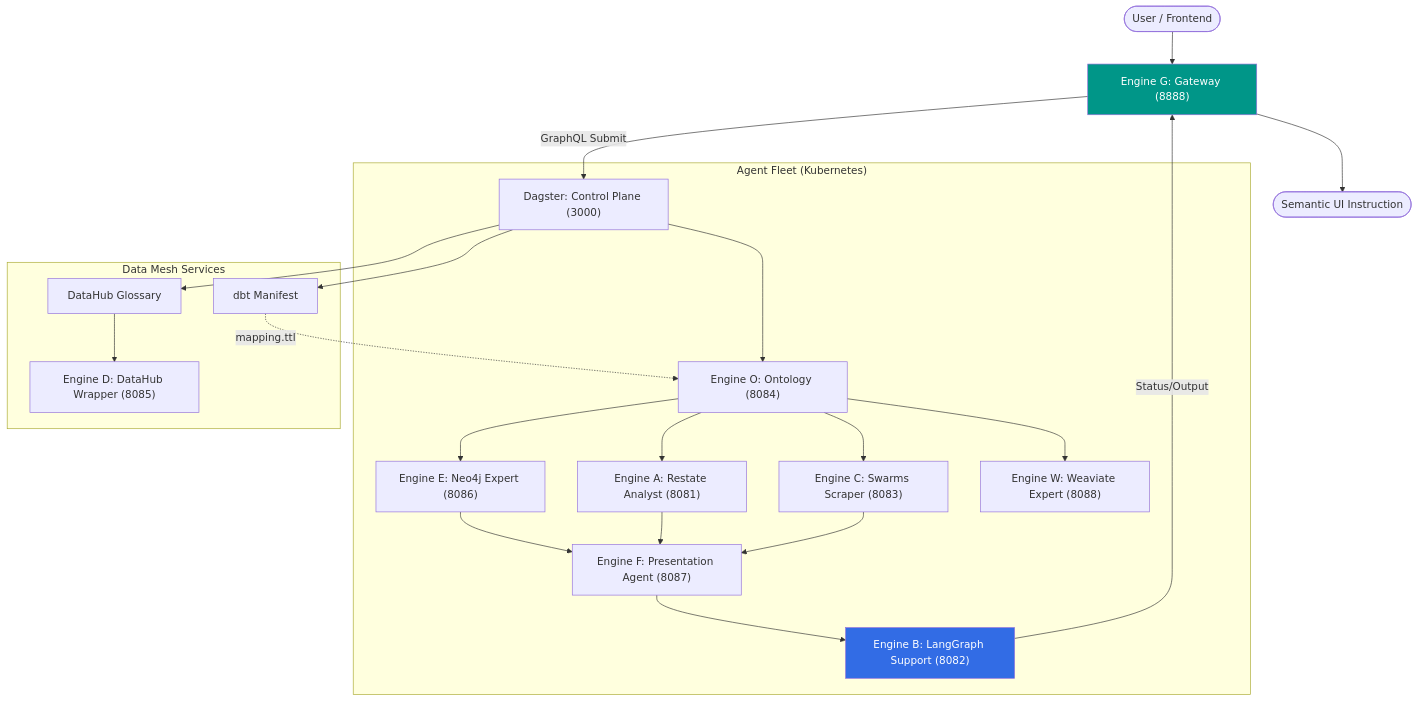
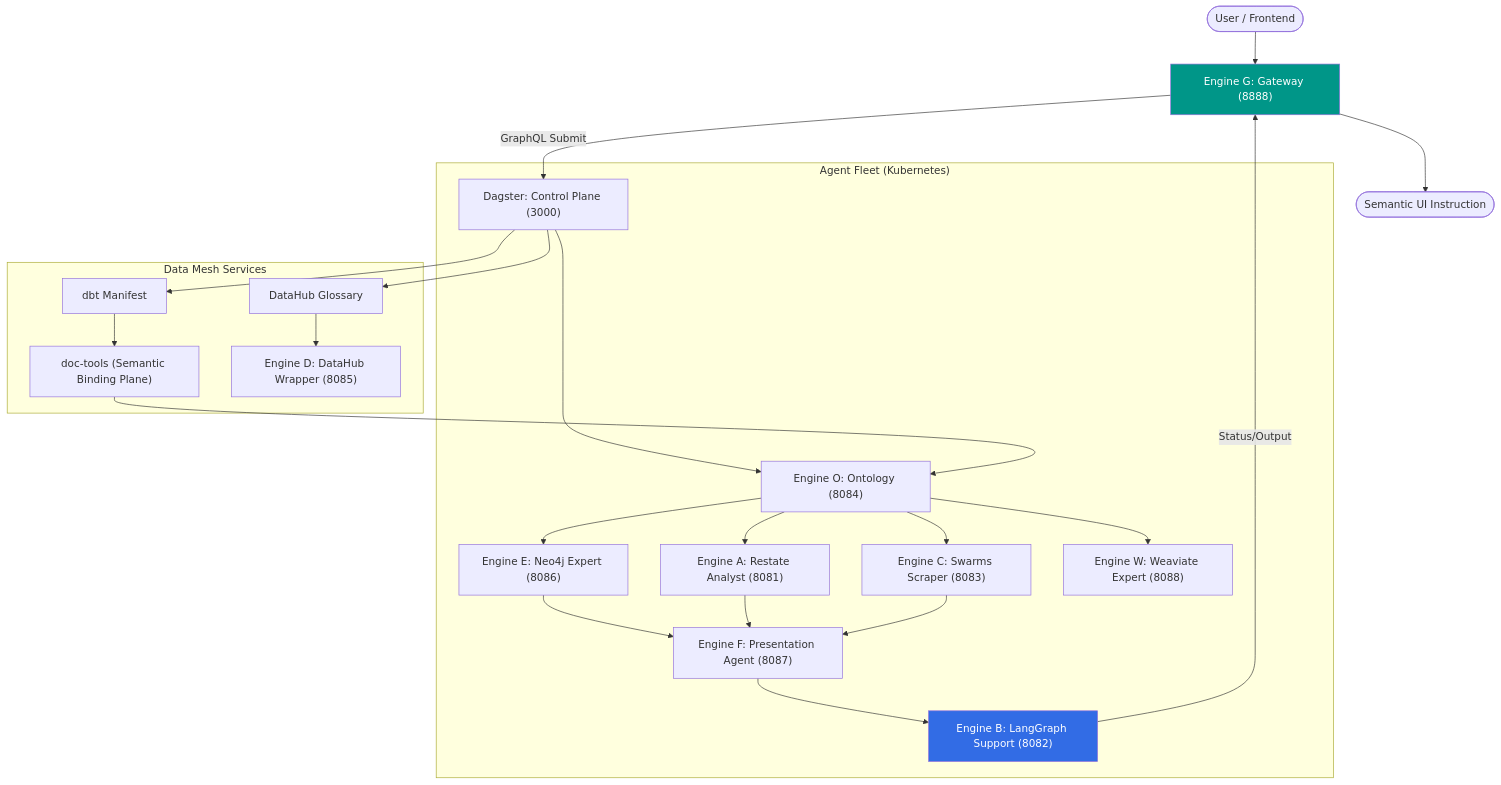
The first of 3 diagrams in README.md (edgy-solutions/invincible-agent), drawn with Mermaid before and after one commit. The commit also changed other lines of this file and 22 other files, not shown here.

First line of the commit message:
feat(mesh): modernize Engine O to "Late Binding" architecture

````diff
--- a/README.md
+++ b/README.md
@@ -50,31 +50,32 @@
 ```mermaid
 graph TD
     User([User / Frontend]) --> G["Engine G: Gateway (8888)"]
     G -- GraphQL Submit --> D["Dagster: Control Plane (3000)"]
     
     subgraph Mesh["Agent Fleet (Kubernetes)"]
         D --> O["Engine O: Ontology (8084)"]
         O --> E["Engine E: Neo4j Expert (8086)"]
         O --> A["Engine A: Restate Analyst (8081)"]
         O --> C["Engine C: Swarms Scraper (8083)"]
         O --> W["Engine W: Weaviate Expert (8088)"]
         
         E --> F["Engine F: Presentation Agent (8087)"]
         A --> F
         C --> F
         F --> B["Engine B: LangGraph Support (8082)"]
     end
     
     subgraph DataLayer["Data Mesh Services"]
         D --> dbt["dbt Manifest"]
-        dbt -.->|mapping.ttl| O
+        dbt --> doc["doc-tools (Semantic Binding Plane)"]
+        doc --> O
         D --> DH["DataHub Glossary"]
         DH --> DR["Engine D: DataHub Wrapper (8085)"]
     end
 
     B -- Status/Output --> G
     G --> UI([Semantic UI Instruction])
 
     style G fill:#009688,color:#fff
     style B fill:#326CE5,color:#fff
 ```
````
